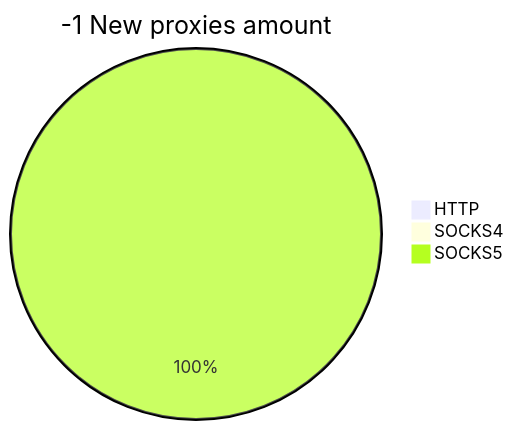
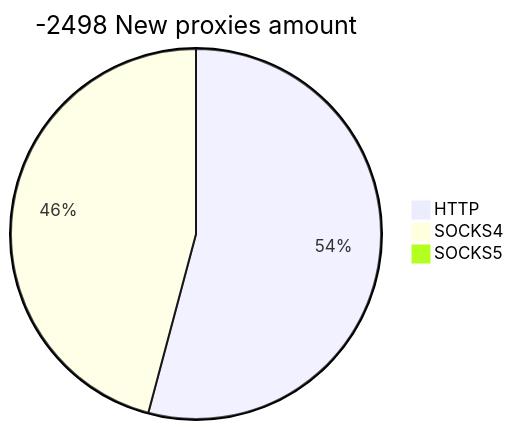
Before and after one commit to cutipu/proxylist: the second of 2 diagrams in README.md, drawn with Mermaid. The commit also changed other lines of this file, not shown here.

````diff
--- a/README.md
+++ b/README.md
@@ -10,6 +10,6 @@
 ```mermaid
-pie title -1 New proxies amount
-    "HTTP" : 0
-    "SOCKS4" : 0
-    "SOCKS5" : 2
+pie title -2498 New proxies amount
+    "HTTP" : 124
+    "SOCKS4" : 105
+    "SOCKS5" : 0
 ```
````
